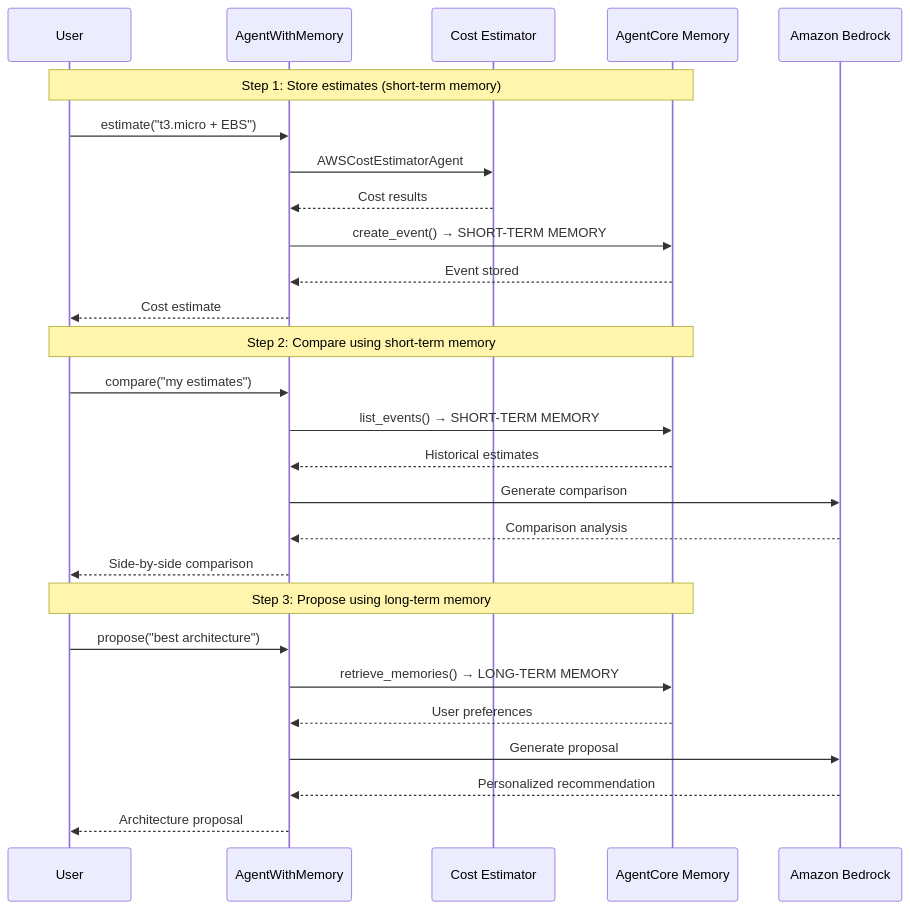
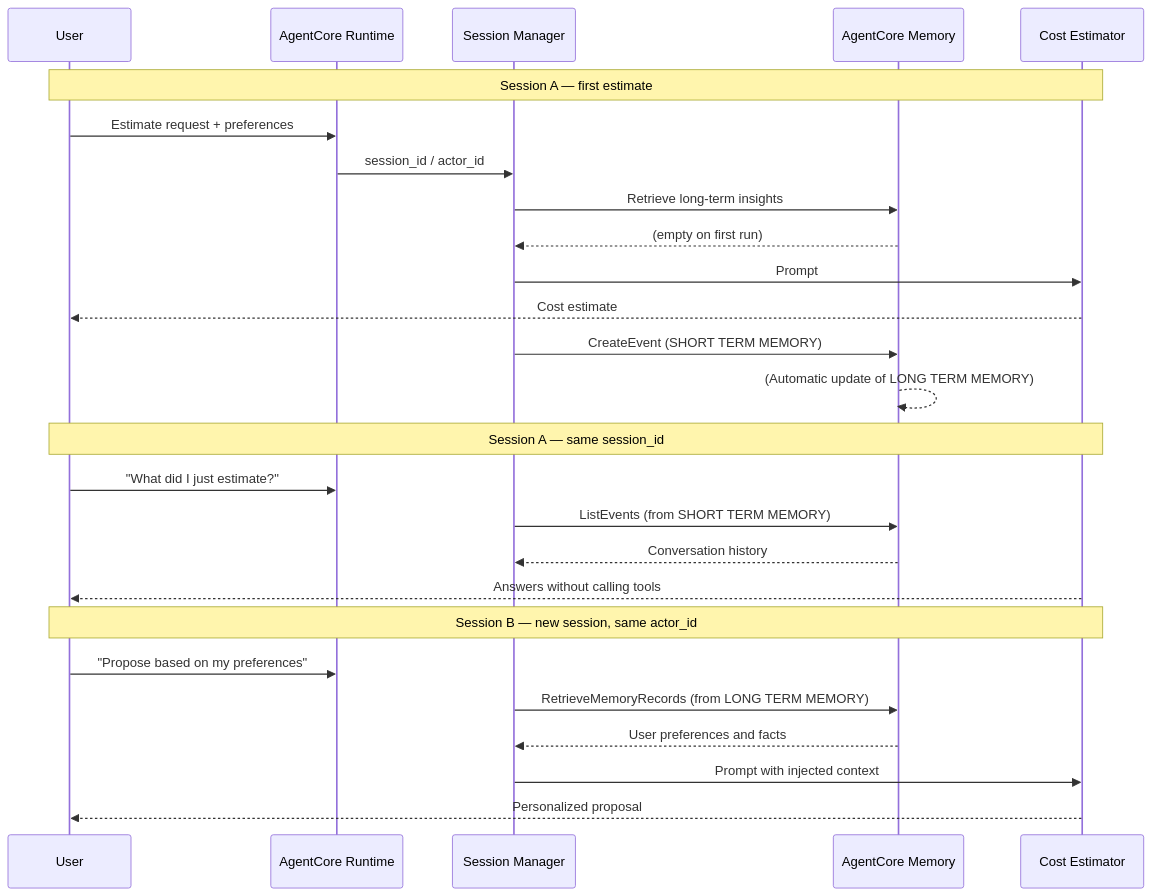
The diagram in 03_memory/README.md (aws-samples/sample-amazon-bedrock-agentcore-onboarding), drawn with Mermaid before and after one commit. The commit also changed other lines of this file and 68 other files, not shown here.

First line of the commit message:
feat: migrate labs from Starter Toolkit to AgentCore CLI

````diff
--- a/03_memory/README.md
+++ b/03_memory/README.md
@@ -9,32 +9,31 @@
 ```mermaid
 sequenceDiagram
     participant User as User
-    participant Agent as AgentWithMemory
-    participant Estimator as Cost Estimator
+    participant Runtime as AgentCore Runtime
+    participant SM as Session Manager
     participant Memory as AgentCore Memory
-    participant Bedrock as Amazon Bedrock
+    participant Agent as Cost Estimator
 
-    Note over User,Memory: Step 1: Store estimates (short-term memory)
-    User->>Agent: estimate("t3.micro + EBS")
-    Agent->>Estimator: AWSCostEstimatorAgent
-    Estimator-->>Agent: Cost results
-    Agent->>Memory: create_event() → SHORT-TERM MEMORY
-    Memory-->>Agent: Event stored
+    Note over User,Agent: Session A — first estimate
+    User->>Runtime: Estimate request + preferences
+    Runtime->>SM: session_id / actor_id
+    SM->>Memory: Retrieve long-term insights
+    Memory-->>SM: (empty on first run)
+    SM->>Agent: Prompt
     Agent-->>User: Cost estimate
+    SM->>Memory: CreateEvent (SHORT TERM MEMORY)
+    Memory-->>Memory: (Automatic update of LONG TERM MEMORY)
 
-    Note over User,Memory: Step 2: Compare using short-term memory
-    User->>Agent: compare("my estimates")
-    Agent->>Memory: list_events() → SHORT-TERM MEMORY
-    Memory-->>Agent: Historical estimates
-    Agent->>Bedrock: Generate comparison
-    Bedrock-->>Agent: Comparison analysis
-    Agent-->>User: Side-by-side comparison
+    Note over User,Agent: Session A — same session_id
+    User->>Runtime: "What did I just estimate?"
+    SM->>Memory: ListEvents (from SHORT TERM MEMORY)
+    Memory-->>SM: Conversation history
+    Agent-->>User: Answers without calling tools
 
-    Note over User,Memory: Step 3: Propose using long-term memory
-    User->>Agent: propose("best architecture")
-    Agent->>Memory: retrieve_memories() → LONG-TERM MEMORY
-    Memory-->>Agent: User preferences
-    Agent->>Bedrock: Generate proposal
-    Bedrock-->>Agent: Personalized recommendation
-    Agent-->>User: Architecture proposal
+    Note over User,Agent: Session B — new session, same actor_id
+    User->>Runtime: "Propose based on my preferences"
+    SM->>Memory: RetrieveMemoryRecords (from LONG TERM MEMORY)
+    Memory-->>SM: User preferences and facts
+    SM->>Agent: Prompt with injected context
+    Agent-->>User: Personalized proposal
 ```
````
